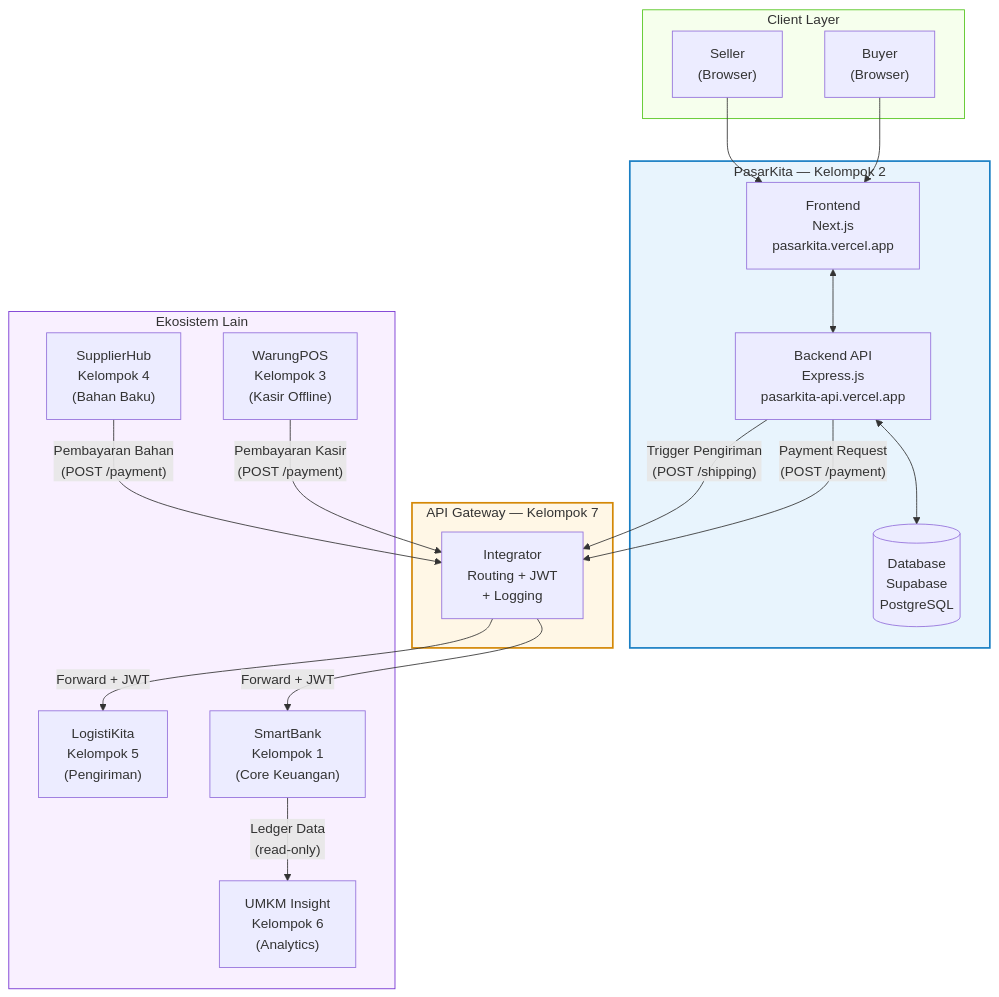
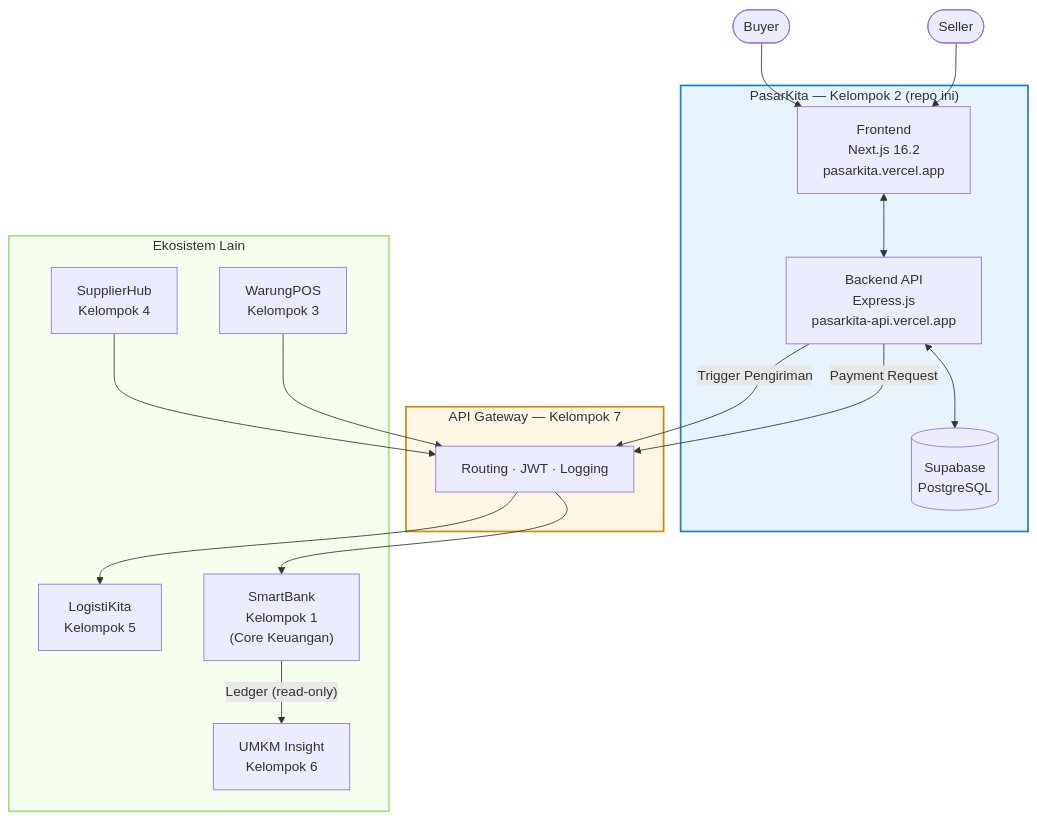
The first of 3 diagrams in README.md (ditverse/pasarkita-monorepo), drawn with Mermaid before and after one commit. The commit also changed other lines of this file, not shown here.

First line of the commit message:
Revise README for project overview and architecture

````diff
--- a/README.md
+++ b/README.md
@@ -93,45 +15,37 @@
 ```mermaid
 graph TD
-    subgraph CLIENT["Client Layer"]
-        SELLER["Seller\n(Browser)"]
-        BUYER["Buyer\n(Browser)"]
-    end
+    SELLER([Seller]) --> FE
+    BUYER([Buyer]) --> FE
 
-    subgraph MARKETPLACE["PasarKita — Kelompok 2"]
-        FE["Frontend\nNext.js\npasarkita.vercel.app"]
-        API["Backend API\nExpress.js\npasarkita-api.vercel.app"]
-        DB[("Database\nSupabase\nPostgreSQL")]
+    subgraph PASARKITA["PasarKita — Kelompok 2 (repo ini)"]
+        FE["Frontend\nNext.js 16.2\npasarkita.vercel.app"]
+        BE["Backend API\nExpress.js\npasarkita-api.vercel.app"]
+        DB[("Supabase\nPostgreSQL")]
+        FE <--> BE
+        BE <--> DB
     end
 
     subgraph GATEWAY["API Gateway — Kelompok 7"]
-        GW["Integrator\nRouting + JWT\n+ Logging"]
+        GW["Routing · JWT · Logging"]
     end
 
     subgraph ECOSYSTEM["Ekosistem Lain"]
         SB["SmartBank\nKelompok 1\n(Core Keuangan)"]
-        LK["LogistiKita\nKelompok 5\n(Pengiriman)"]
-        SH["SupplierHub\nKelompok 4\n(Bahan Baku)"]
-        UI["UMKM Insight\nKelompok 6\n(Analytics)"]
-        POS["WarungPOS\nKelompok 3\n(Kasir Offline)"]
+        LK["LogistiKita\nKelompok 5"]
+        SH["SupplierHub\nKelompok 4"]
+        POS["WarungPOS\nKelompok 3"]
+        UI["UMKM Insight\nKelompok 6"]
     end
 
-    SELLER --> FE
-    BUYER --> FE
-    FE <--> API
-    API <--> DB
+    BE -->|"Payment Request"| GW
+    BE -->|"Trigger Pengiriman"| GW
+    GW --> SB
+    GW --> LK
+    SB -->|"Ledger (read-only)"| UI
+    SH --> GW
+    POS --> GW
 
-    API -->|"Payment Request\n(POST /payment)"| GW
-    API -->|"Trigger Pengiriman\n(POST /shipping)"| GW
-
-    GW -->|"Forward + JWT"| SB
-    GW -->|"Forward + JWT"| LK
-
-    SB -->|"Ledger Data\n(read-only)"| UI
-    SH -->|"Pembayaran Bahan\n(POST /payment)"| GW
-    POS -->|"Pembayaran Kasir\n(POST /payment)"| GW
-
-    style MARKETPLACE fill:#e8f4fd,stroke:#1a7fc4,stroke-width:2px
+    style PASARKITA fill:#e8f4fd,stroke:#1a7fc4,stroke-width:2px
     style GATEWAY fill:#fff7e6,stroke:#d48806,stroke-width:2px
-    style CLIENT fill:#f6ffed,stroke:#52c41a,stroke-width:1px
-    style ECOSYSTEM fill:#f9f0ff,stroke:#722ed1,stroke-width:1px
+    style ECOSYSTEM fill:#f6ffed,stroke:#52c41a,stroke-width:1px
 ```
````
